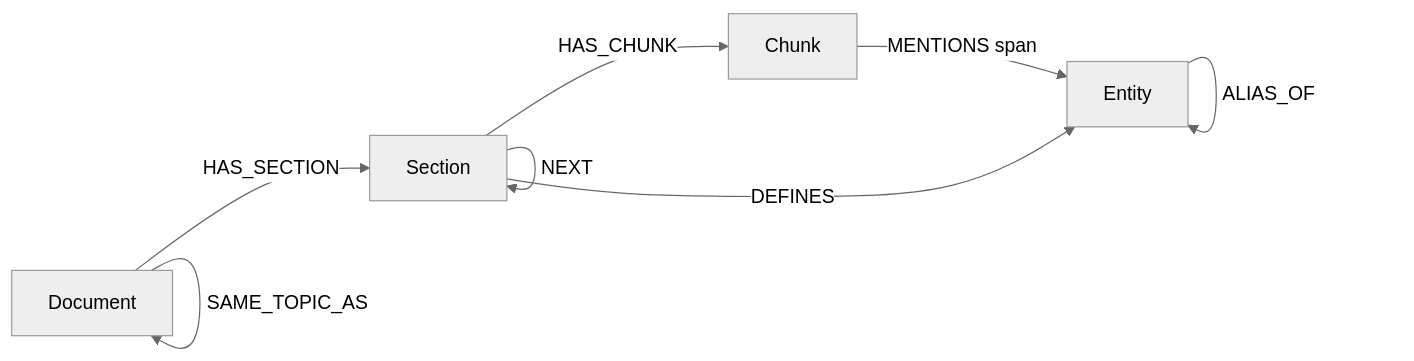
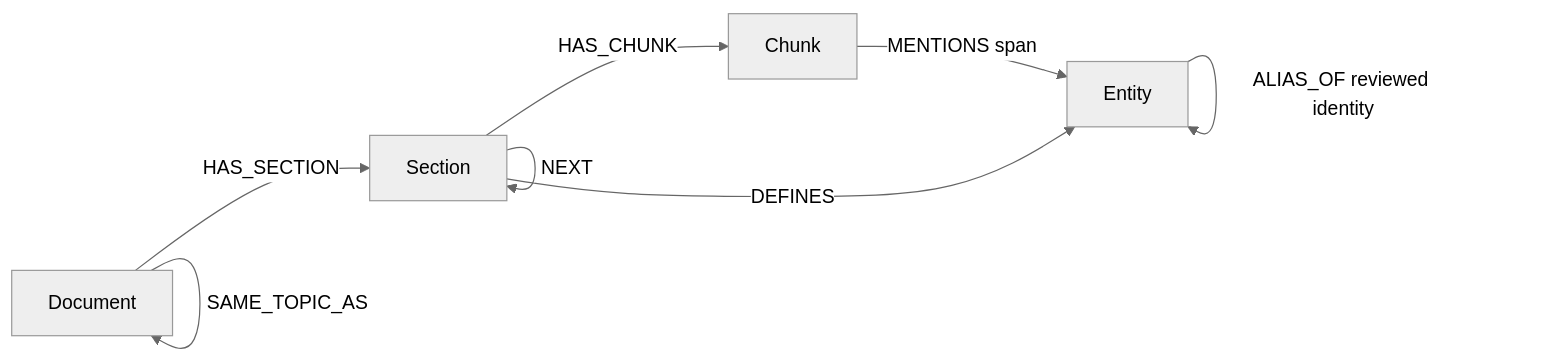
The second of 2 diagrams in docs/architecture/02-retrieval-and-knowledge-graph.md (Orchestration-Maestro/maestro-core), drawn with Mermaid (neutral theme) before and after one commit. The commit also changed other lines of this file and 2 other files, not shown here.

First line of the commit message:
docs(s6): reconcile browser and alias decisions

````diff
--- a/docs/architecture/02-retrieval-and-knowledge-graph.md
+++ b/docs/architecture/02-retrieval-and-knowledge-graph.md
@@ -345,12 +345,12 @@
 ```mermaid
 flowchart LR
   Doc[Document] -->|HAS_SECTION| Sec[Section]
   Sec -->|HAS_CHUNK| Ch[Chunk]
   Sec -->|NEXT| Sec
   Doc -->|LINKS_TO| Doc
   Ch -->|MENTIONS span| Ent[Entity]
   Sec -->|DEFINES| Ent
   Ent -->|RELATES type, version range, evidence| Ent
-  Ent -->|ALIAS_OF| Ent
+  Ent -->|ALIAS_OF reviewed identity| Ent
   Doc -->|SAME_TOPIC_AS| Doc
 ```
````
